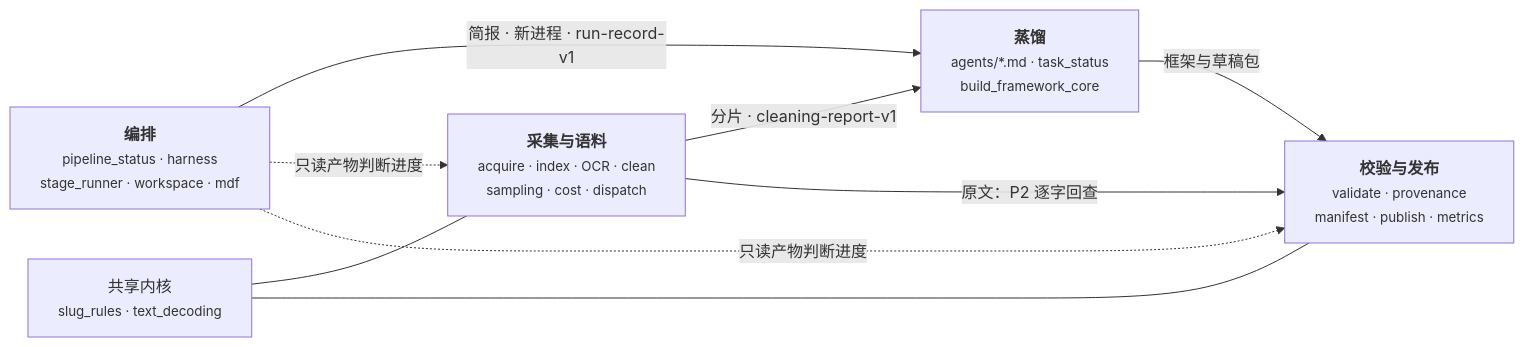
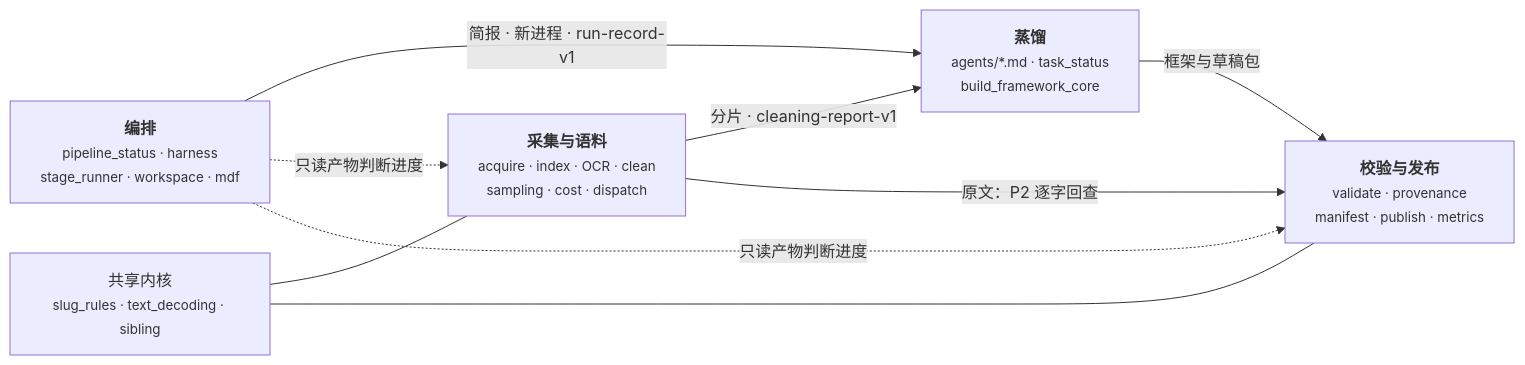
The sixth of 6 diagrams in docs/architecture.md (20240610ldx-hub/Mind-Distill-Factory), drawn with Mermaid before and after one commit. The commit also changed other lines of this file and 40 other files, not shown here.

````diff
--- a/docs/architecture.md
+++ b/docs/architecture.md
@@ -287,14 +288,14 @@
 ```mermaid
 flowchart LR
     A["<b>采集与语料</b><br/><small>acquire · index · OCR · clean<br/>sampling · cost · dispatch</small>"]
     D["<b>蒸馏</b><br/><small>agents/*.md · task_status<br/>build_framework_core</small>"]
     V["<b>校验与发布</b><br/><small>validate · provenance<br/>manifest · publish · metrics</small>"]
     O["<b>编排</b><br/><small>pipeline_status · harness<br/>stage_runner · workspace · mdf</small>"]
-    K["共享内核<br/><small>slug_rules · text_decoding</small>"]
+    K["共享内核<br/><small>slug_rules · text_decoding · sibling</small>"]
     A -- "分片 · cleaning-report-v1" --> D
     D -- "框架与草稿包" --> V
     A -- "原文：P2 逐字回查" --> V
     O -- "简报 · 新进程 · run-record-v1" --> D
     O -. "只读产物判断进度" .-> A & V
     K --- A & V
 ```
````
